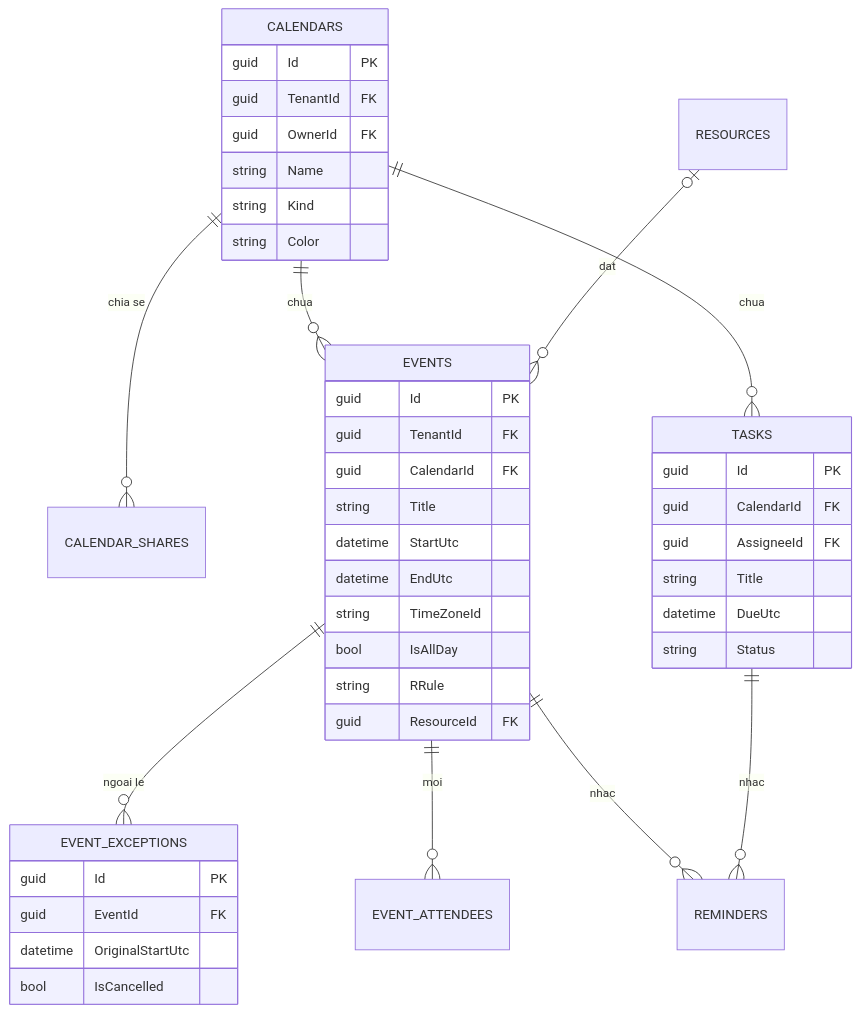
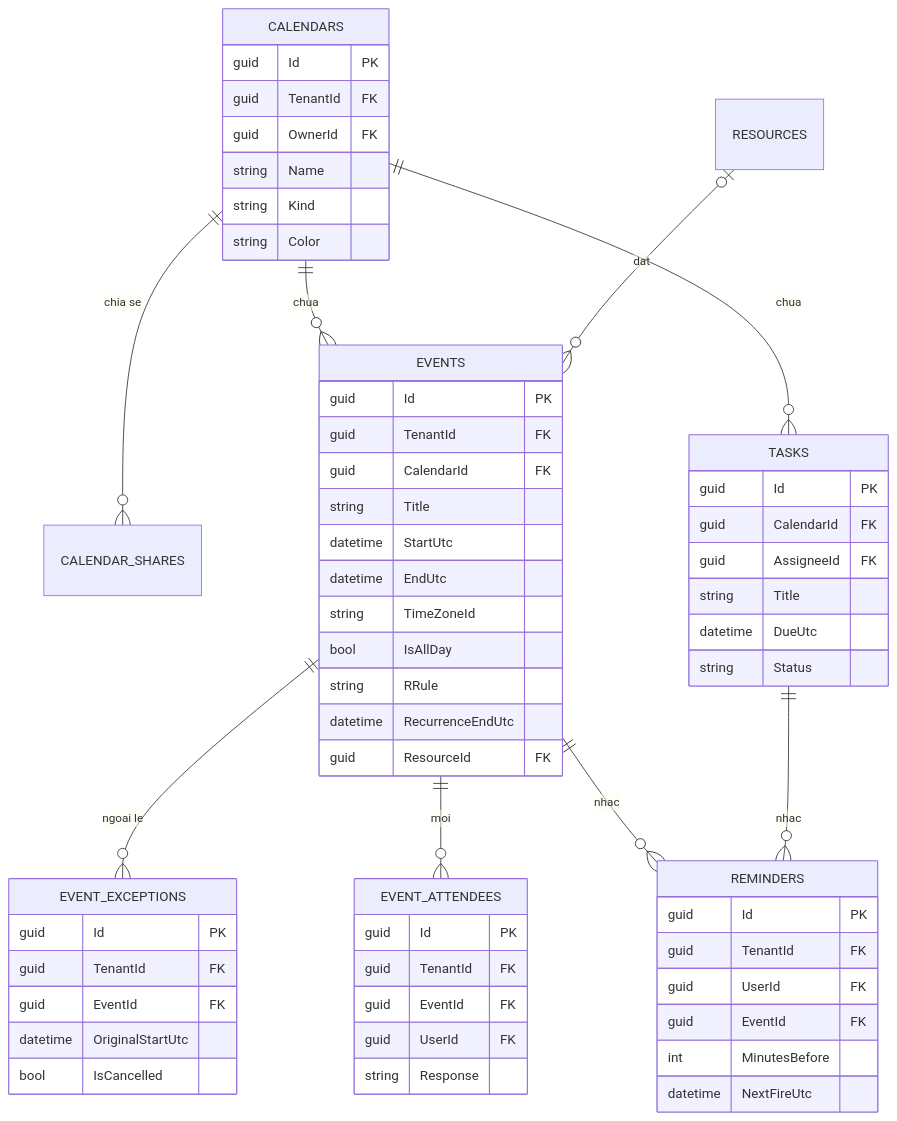
One commit to HNgTruc/WorkCal changed the second of 4 diagrams in docs/database/erd.md. Above: the diagram before and after it, drawn with Mermaid. The commit also changed 18 other files, not shown here.

````diff
--- a/docs/database/erd.md
+++ b/docs/database/erd.md
@@ -63,45 +63,62 @@
 ```mermaid
 erDiagram
     CALENDARS ||--o{ CALENDAR_SHARES : "chia se"
     CALENDARS ||--o{ EVENTS : "chua"
     CALENDARS ||--o{ TASKS : "chua"
     EVENTS ||--o{ EVENT_EXCEPTIONS : "ngoai le"
     EVENTS ||--o{ EVENT_ATTENDEES : "moi"
     EVENTS ||--o{ REMINDERS : "nhac"
     TASKS ||--o{ REMINDERS : "nhac"
     RESOURCES |o--o{ EVENTS : "dat"
     CALENDARS {
         guid Id PK
         guid TenantId FK
         guid OwnerId FK
         string Name
         string Kind
         string Color
     }
     EVENTS {
         guid Id PK
         guid TenantId FK
         guid CalendarId FK
         string Title
         datetime StartUtc
         datetime EndUtc
         string TimeZoneId
         bool IsAllDay
         string RRule
+        datetime RecurrenceEndUtc
         guid ResourceId FK
     }
     EVENT_EXCEPTIONS {
         guid Id PK
+        guid TenantId FK
         guid EventId FK
         datetime OriginalStartUtc
         bool IsCancelled
+    }
+    EVENT_ATTENDEES {
+        guid Id PK
+        guid TenantId FK
+        guid EventId FK
+        guid UserId FK
+        string Response
+    }
+    REMINDERS {
+        guid Id PK
+        guid TenantId FK
+        guid UserId FK
+        guid EventId FK
+        int MinutesBefore
+        datetime NextFireUtc
     }
     TASKS {
         guid Id PK
         guid CalendarId FK
         guid AssigneeId FK
         string Title
         datetime DueUtc
         string Status
     }
 ```
````
